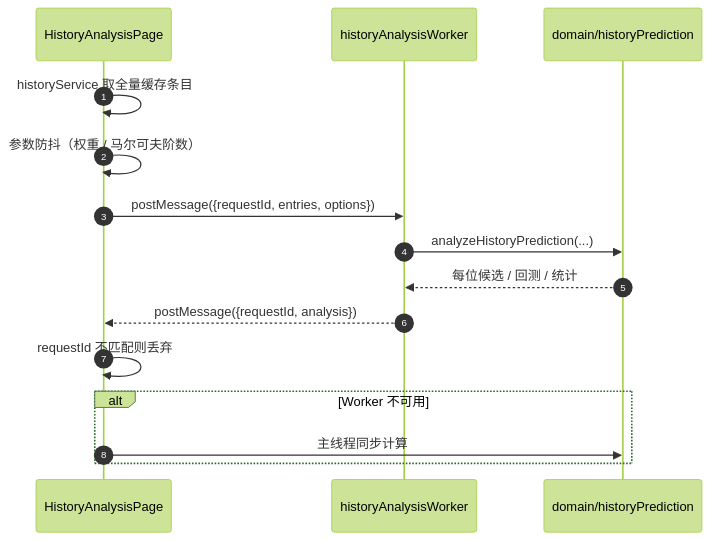
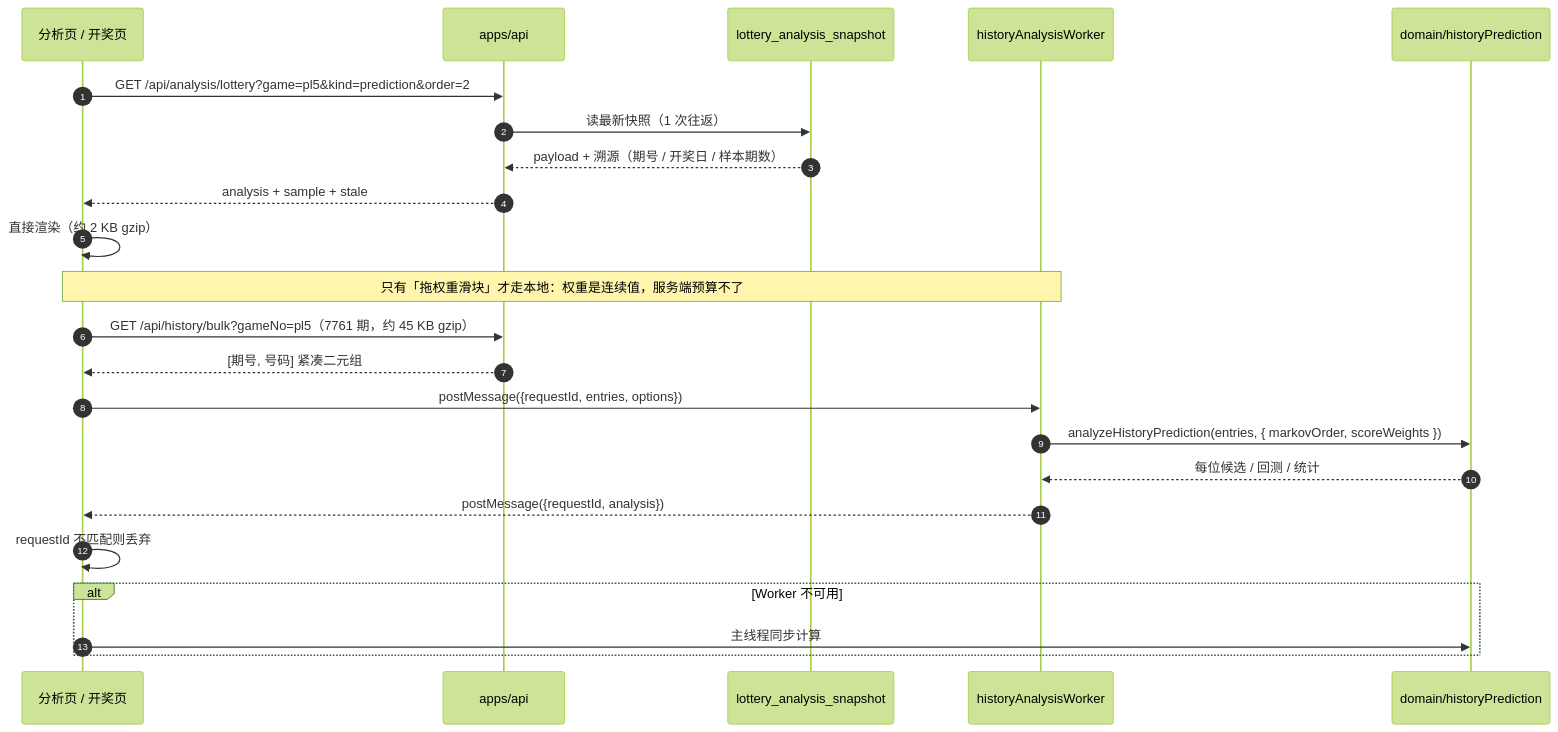
One commit to yJ2018/ticai changed the fifth of 11 diagrams in docs/architecture.md. Above: the diagram before and after it, drawn with Mermaid (forest theme). The commit also changed other lines of this file and 38 other files, not shown here.

````diff
--- a/docs/architecture.md
+++ b/docs/architecture.md
@@ -504,18 +509,27 @@
 ```mermaid
 sequenceDiagram
   autonumber
-  participant P as HistoryAnalysisPage
+  participant P as 分析页 / 开奖页
+  participant API as apps/api
+  participant S as lottery_analysis_snapshot
   participant W as historyAnalysisWorker
   participant D as domain/historyPrediction
 
-  P->>P: historyService 取全量缓存条目
-  P->>P: 参数防抖（权重 / 马尔可夫阶数）
+  P->>API: GET /api/analysis/lottery?game=pl5&kind=prediction&order=2
+  API->>S: 读最新快照（1 次往返）
+  S-->>API: payload + 溯源（期号 / 开奖日 / 样本期数）
+  API-->>P: analysis + sample + stale
+  P->>P: 直接渲染（约 2 KB gzip）
+
+  Note over P,W: 只有「拖权重滑块」才走本地：权重是连续值，服务端预算不了
+  P->>API: GET /api/history/bulk?gameNo=pl5（7761 期，约 45 KB gzip）
+  API-->>P: [期号, 号码] 紧凑二元组
   P->>W: postMessage({requestId, entries, options})
-  W->>D: analyzeHistoryPrediction(...)
+  W->>D: analyzeHistoryPrediction(entries, { markovOrder, scoreWeights })
   D-->>W: 每位候选 / 回测 / 统计
   W-->>P: postMessage({requestId, analysis})
   P->>P: requestId 不匹配则丢弃
   alt Worker 不可用
     P->>D: 主线程同步计算
   end
 ```
````
